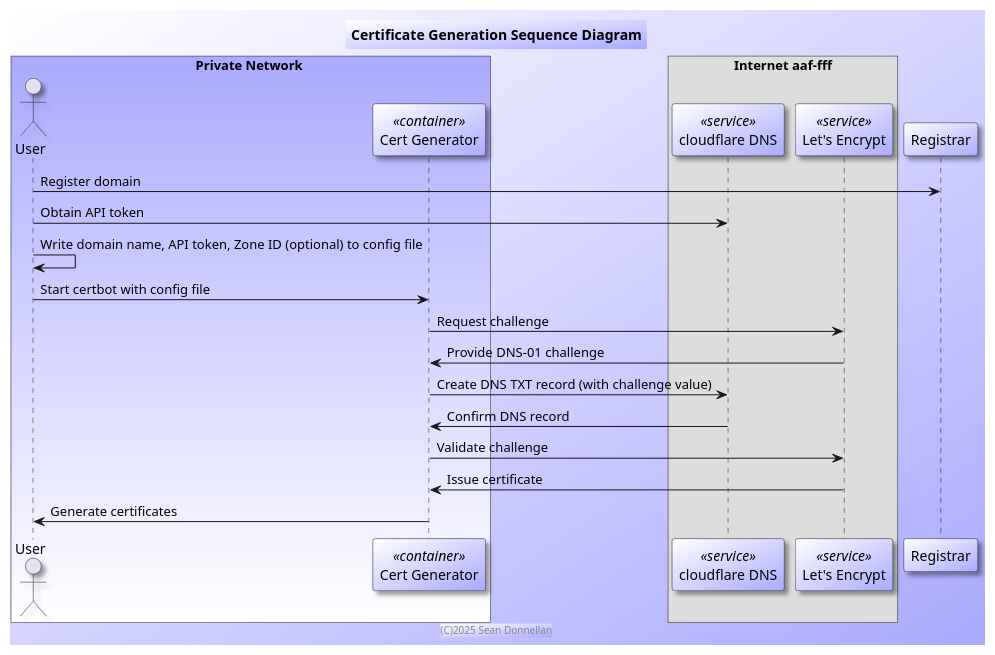
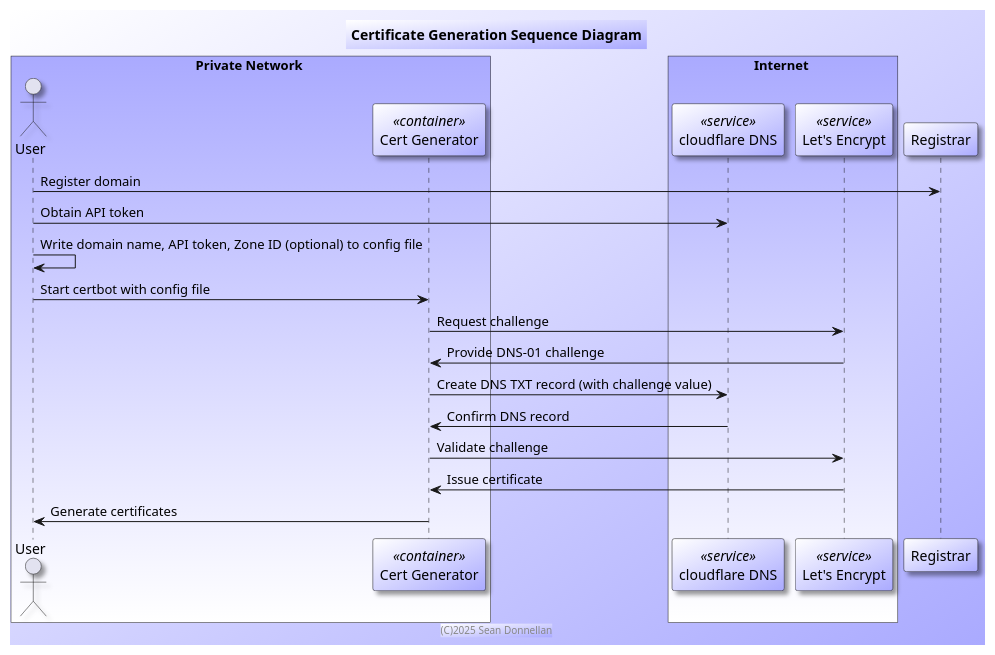
The diagram in images/cert-generator-sequence.plantuml (donnels/vsc-container), drawn with PlantUML before and after one commit. The commit also changed 19 other files, not shown here.

```diff
--- a/images/cert-generator-sequence.plantuml
+++ b/images/cert-generator-sequence.plantuml
@@ -1,29 +1,29 @@
 @startuml cert-generator-sequence
 title Certificate Generation Sequence Diagram
 footer (C)2025 Sean Donnellan
 
 skinparam shadowing 1
 skinparam BackgroundColor #fff/aaf
 skinparam participantBackgroundColor #fff/aaf
 
 box Private Network #aaf-fff
     actor User
     participant "Cert Generator" as docker.certbot <<container>>
 end box
-box Internet aaf-fff
+box Internet #aaf-fff
     participant "cloudflare DNS" as internet.cloudflare <<service>>
     participant "Let's Encrypt" as internet.letsencrypt <<service>>
 end box
 
 User -> Registrar: Register domain
 User -> internet.cloudflare: Obtain API token
 User -> User: Write domain name, API token, Zone ID (optional) to config file
 User -> docker.certbot: Start certbot with config file
 docker.certbot -> internet.letsencrypt: Request challenge
 internet.letsencrypt -> docker.certbot: Provide DNS-01 challenge
 docker.certbot -> internet.cloudflare: Create DNS TXT record (with challenge value)
 internet.cloudflare -> docker.certbot: Confirm DNS record
 docker.certbot -> internet.letsencrypt: Validate challenge
 internet.letsencrypt -> docker.certbot: Issue certificate
 docker.certbot -> User: Generate certificates
 @enduml
```
